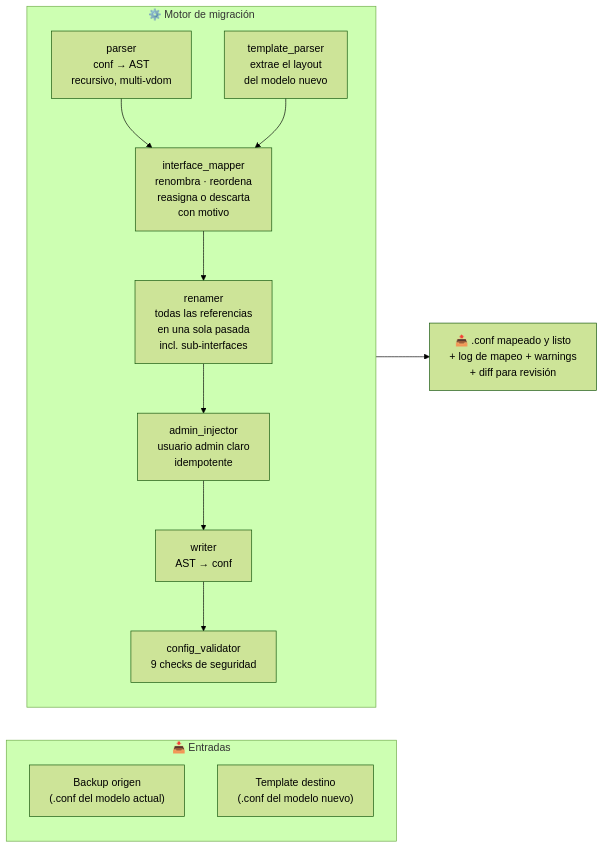
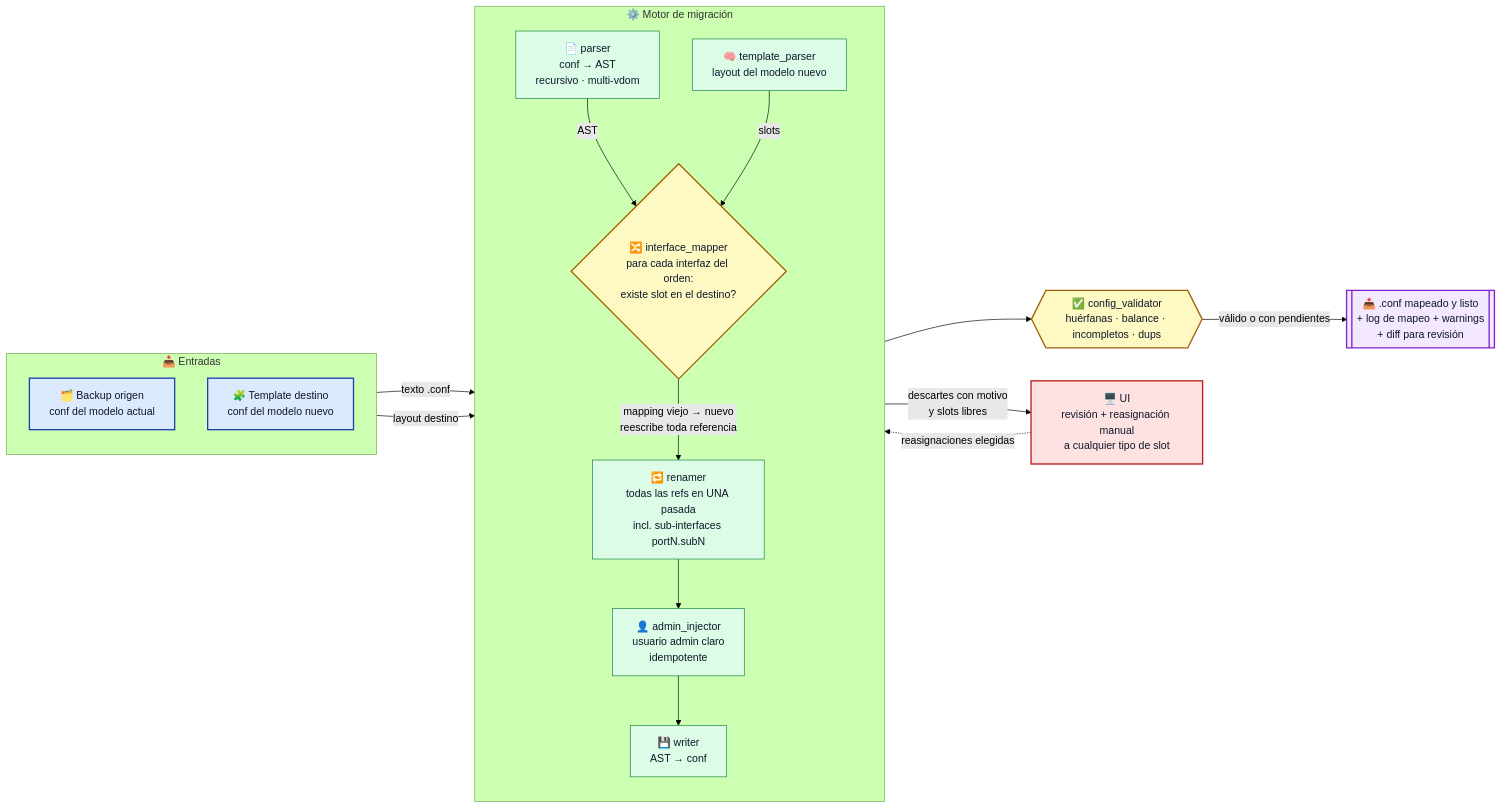
The diagram in README.md (VictorQuispe0106/Cambios-de-equipo-entre-Fortigate), drawn with Mermaid (forest theme) before and after one commit. The commit also changed other lines of this file, not shown here.

Commit message:
docs: upgrade README pipeline diagram
- mapper as explicit decision gate; validator as separate gate node
- show the manual-reassignment loop: discards flow to the UI and the
  chosen reassignments feed back into the mapper (no silent losses)
- label what flows between stages (AST, slots, mapping, conf)
- color legend per function with high-contrast classDefs

````diff
--- a/README.md
+++ b/README.md
@@ -10,25 +10,44 @@
 ```mermaid
 flowchart LR
     subgraph inputs["📥 Entradas"]
-        SRC["Backup origen\n(.conf del modelo actual)"]
-        TPL["Template destino\n(.conf del modelo nuevo)"]
+        direction TB
+        SRC["🗂️ Backup origen<br/>conf del modelo actual"]
+        TPL["🧩 Template destino<br/>conf del modelo nuevo"]
     end
 
     subgraph engine["⚙️ Motor de migración"]
         direction TB
-        P["parser\nconf → AST\nrecursivo, multi-vdom"]
-        TP["template_parser\nextrae el layout\ndel modelo nuevo"]
-        M["interface_mapper\nrenombra · reordena\nreasigna o descarta\ncon motivo"]
-        R["renamer\ntodas las referencias\nen una sola pasada\nincl. sub-interfaces"]
-        AI["admin_injector\nusuario admin claro\nidempotente"]
-        W["writer\nAST → conf"]
-        V["config_validator\n9 checks de seguridad"]
-        P --> M
-        TP --> M
-        M --> R --> AI --> W
+        P["📄 parser<br/>conf → AST<br/>recursivo · multi-vdom"]
+        TP["🧠 template_parser<br/>layout del modelo nuevo"]
+        M{"🔀 interface_mapper<br/>para cada interfaz del orden:<br/>existe slot en el destino?"}
+        R["🔁 renamer<br/>todas las refs en UNA pasada<br/>incl. sub-interfaces portN.subN"]
+        AI["👤 admin_injector<br/>usuario admin claro<br/>idempotente"]
+        W["💾 writer<br/>AST → conf"]
     end
 
-    OUT["📤 .conf mapeado y listo\n+ log de mapeo + warnings\n+ diff para revisión"]
+    V{{"✅ config_validator<br/>huérfanas · balance · incompletos · dups"}}
+    OUT[["📤 .conf mapeado y listo<br/>+ log de mapeo + warnings<br/>+ diff para revisión"]]
 
-    W --> V --> OUT
+    SRC -->|"texto .conf"| P
+    TPL -->|"layout destino"| TP
+    P -->|AST| M
+    TP -->|slots| M
+    M -->|"mapping viejo → nuevo<br/>reescribe toda referencia"| R
+    R --> AI --> W --> V
+    V -->|"válido o con pendientes"| OUT
+
+    M -- "descartes con motivo<br/>y slots libres" --> UI["🖥️ UI<br/>revisión + reasignación manual<br/>a cualquier tipo de slot"]
+    UI -. "reasignaciones elegidas" .-> M
+
+    classDef inp fill:#dbeafe,stroke:#1e40af,color:#0f172a,stroke-width:2px
+    classDef stage fill:#dcfce7,stroke:#15803d,color:#0f172a,stroke-width:1px
+    classDef gate fill:#fef9c3,stroke:#a16207,color:#0f172a,stroke-width:2px
+    classDef outp fill:#f3e8ff,stroke:#7e22ce,color:#0f172a,stroke-width:2px
+    classDef human fill:#fee2e2,stroke:#b91c1c,color:#0f172a,stroke-width:2px
+
+    class SRC,TPL inp
+    class P,TP,R,AI,W stage
+    class M,V gate
+    class OUT outp
+    class UI human
 ```
````
